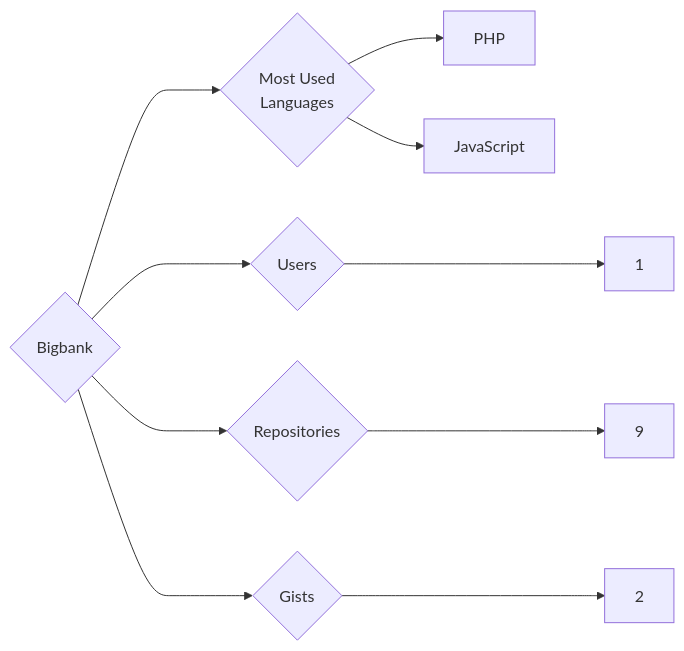
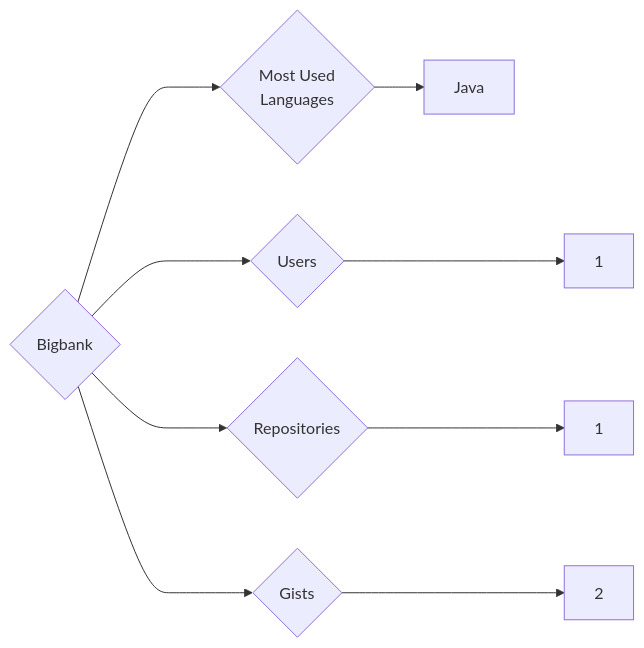
Before and after one commit to trickest/insiders: the diagram in targets/Bigbank/README.md, drawn with Mermaid. The commit also changed 1170 other files, not shown here.

````diff
--- a/targets/Bigbank/README.md
+++ b/targets/Bigbank/README.md
@@ -3,10 +3,9 @@
 ```mermaid
 graph LR
 COMPANY_NAME{Bigbank}
 COMPANY_NAME ---> U{Users} ---> UN[1]
-COMPANY_NAME ---> R{Repositories} ---> RN[9]
+COMPANY_NAME ---> R{Repositories} ---> RN[1]
 COMPANY_NAME ---> G{Gists} ---> GN[2]
 COMPANY_NAME ---> ML{Most Used<br>Languages}
-ML --> PHP[PHP]
-ML --> JavaScript[JavaScript]
+ML --> Java[Java]
 ```
````
